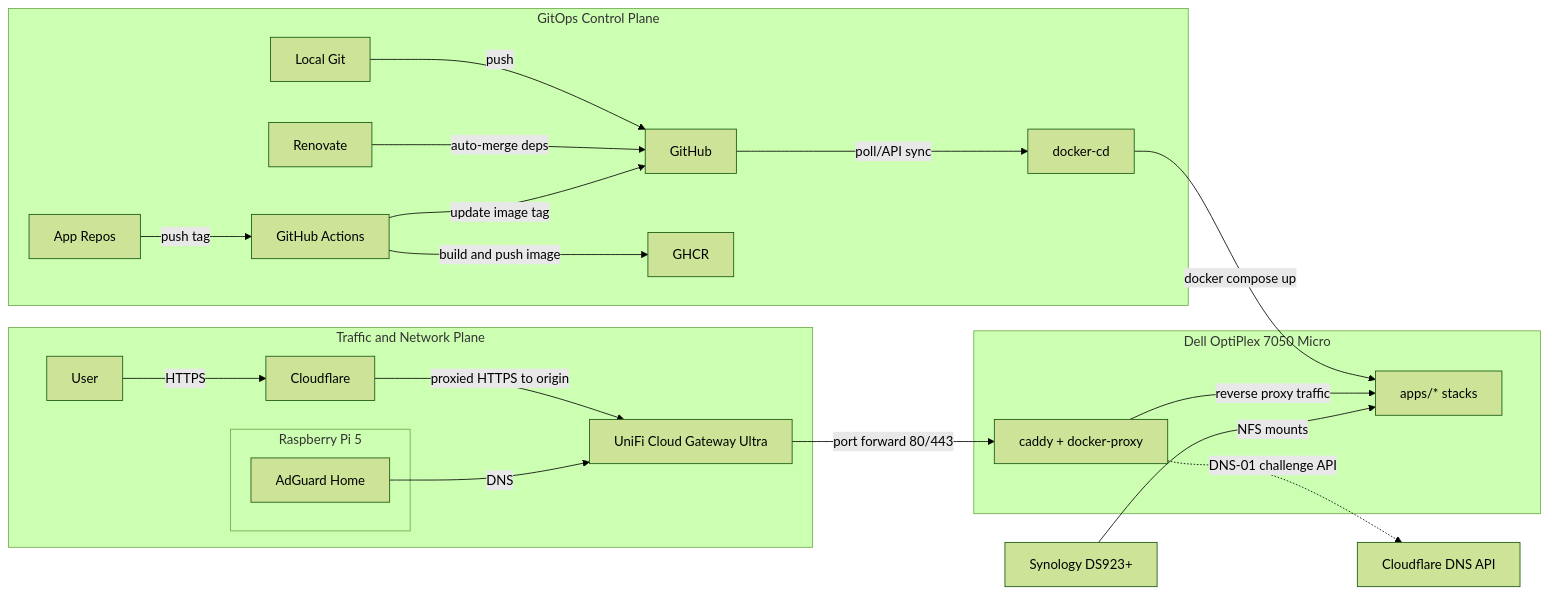
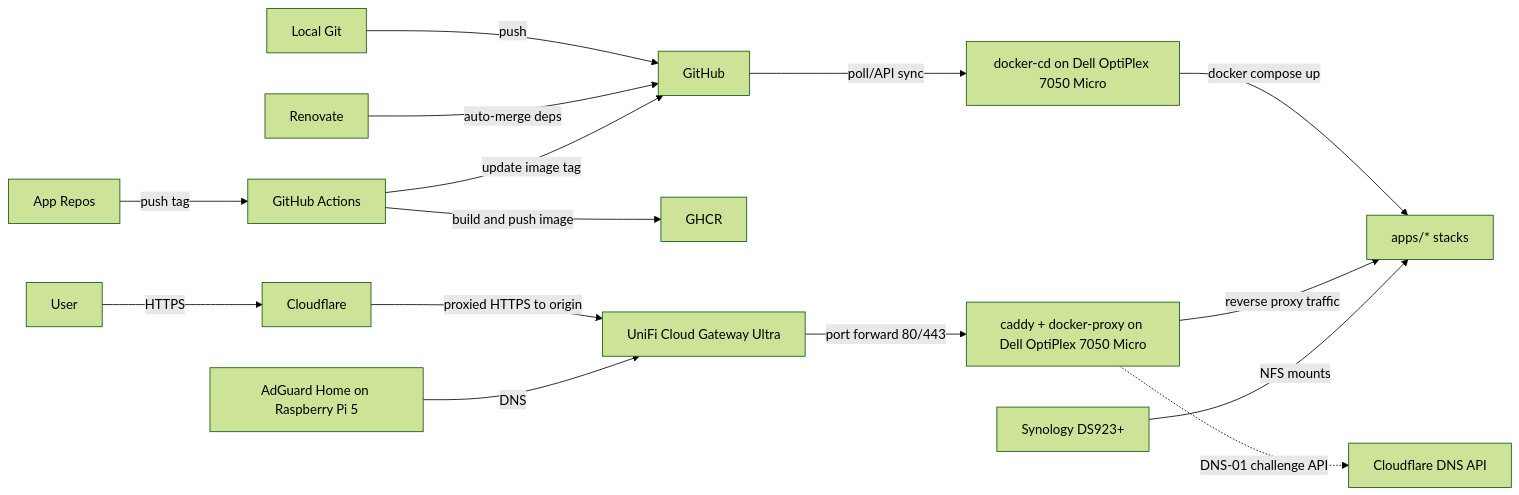
The diagram in README.md (wajeht/home-ops), drawn with Mermaid (forest theme) before and after one commit.

Commit message:
docs: improve architecture diagram for better clarity

````diff
--- a/README.md
+++ b/README.md
@@ -16,29 +16,19 @@
 ```mermaid
 flowchart LR
-    subgraph control[GitOps Control Plane]
-        local_git[Local Git] -->|push| github[GitHub]
-        app_repo[App Repos] -->|push tag| actions[GitHub Actions]
-        renovate[Renovate] -->|auto-merge deps| github
-        actions -->|build and push image| ghcr[GHCR]
-        actions -->|update image tag| github
-        github -->|poll/API sync| docker_cd[docker-cd]
-    end
+    local_git[Local Git] -->|push| github[GitHub]
+    app_repo[App Repos] -->|push tag| actions[GitHub Actions]
+    renovate[Renovate] -->|auto-merge deps| github
+    actions -->|build and push image| ghcr[GHCR]
+    actions -->|update image tag| github
+    github -->|poll/API sync| docker_cd[docker-cd on Dell OptiPlex 7050 Micro]
 
-    subgraph network[Traffic and Network Plane]
-        user[User] -->|HTTPS| cloudflare[Cloudflare]
-        cloudflare -->|proxied HTTPS to origin| unifi[UniFi Cloud Gateway Ultra]
-        subgraph pi[Raspberry Pi 5]
-            adguard[AdGuard Home]
-        end
-        adguard -->|DNS| unifi
-    end
+    user[User] -->|HTTPS| cloudflare[Cloudflare]
+    cloudflare -->|proxied HTTPS to origin| unifi[UniFi Cloud Gateway Ultra]
+    adguard[AdGuard Home on Raspberry Pi 5] -->|DNS| unifi
 
-    subgraph dell[Dell OptiPlex 7050 Micro]
-        docker_cd -->|docker compose up| apps[apps/* stacks]
-        caddy[caddy + docker-proxy] -->|reverse proxy traffic| apps
-    end
-
+    docker_cd -->|docker compose up| apps[apps/* stacks]
+    caddy[caddy + docker-proxy on Dell OptiPlex 7050 Micro] -->|reverse proxy traffic| apps
     unifi -->|port forward 80/443| caddy
     caddy -.->|DNS-01 challenge API| cloudflare_dns[Cloudflare DNS API]
     nas[Synology DS923+] -->|NFS mounts| apps
 ```
````
